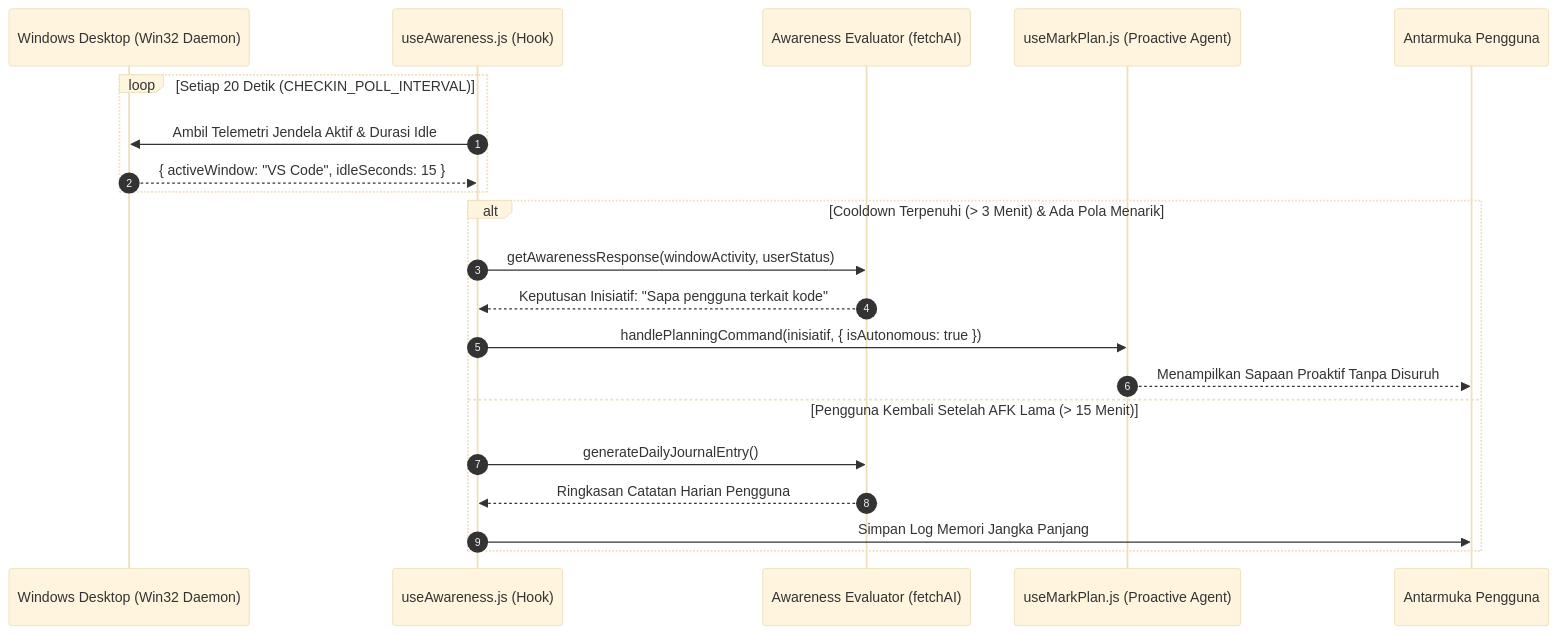
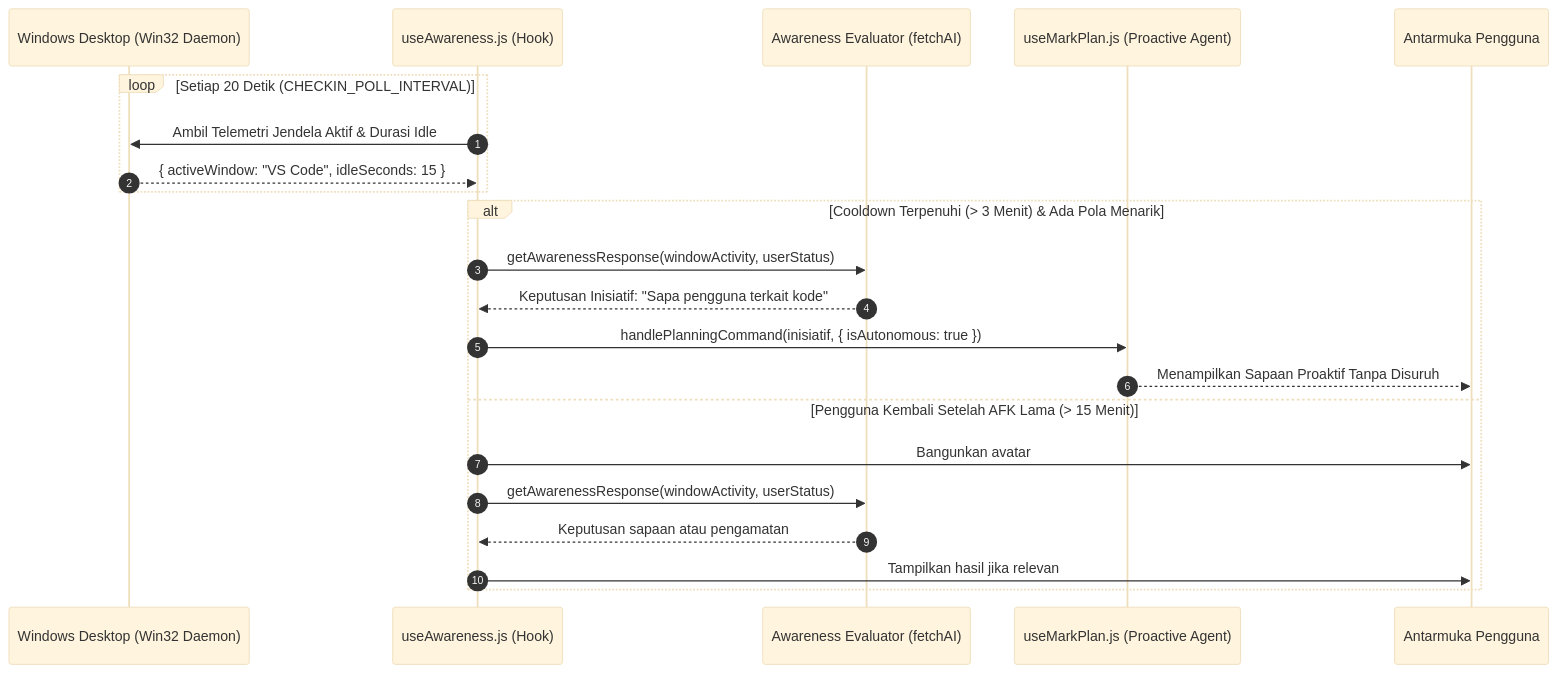
One commit to Mazees/mark-agent changed the second of 2 diagrams in docs/03-agent-engine/persona-and-relationships.md. Above: the diagram before and after it, drawn with Mermaid (base theme). The commit also changed other lines of this file and 7 other files, not shown here.

````diff
--- a/docs/03-agent-engine/persona-and-relationships.md
+++ b/docs/03-agent-engine/persona-and-relationships.md
@@ -92,25 +92,26 @@
 ```mermaid
 sequenceDiagram
     autonumber
     participant Win as Windows Desktop (Win32 Daemon)
     participant Aware as useAwareness.js (Hook)
     participant Brain as Awareness Evaluator (fetchAI)
     participant Plan as useMarkPlan.js (Proactive Agent)
     participant UI as Antarmuka Pengguna
 
     loop Setiap 20 Detik (CHECKIN_POLL_INTERVAL)
         Aware->>Win: Ambil Telemetri Jendela Aktif & Durasi Idle
         Win-->>Aware: { activeWindow: "VS Code", idleSeconds: 15 }
     end
 
     alt Cooldown Terpenuhi (> 3 Menit) & Ada Pola Menarik
         Aware->>Brain: getAwarenessResponse(windowActivity, userStatus)
         Brain-->>Aware: Keputusan Inisiatif: "Sapa pengguna terkait kode"
         Aware->>Plan: handlePlanningCommand(inisiatif, { isAutonomous: true })
         Plan-->>UI: Menampilkan Sapaan Proaktif Tanpa Disuruh
     else Pengguna Kembali Setelah AFK Lama (> 15 Menit)
-        Aware->>Brain: generateDailyJournalEntry()
-        Brain-->>Aware: Ringkasan Catatan Harian Pengguna
-        Aware->>UI: Simpan Log Memori Jangka Panjang
+        Aware->>UI: Bangunkan avatar
+        Aware->>Brain: getAwarenessResponse(windowActivity, userStatus)
+        Brain-->>Aware: Keputusan sapaan atau pengamatan
+        Aware->>UI: Tampilkan hasil jika relevan
     end
 ```
````
